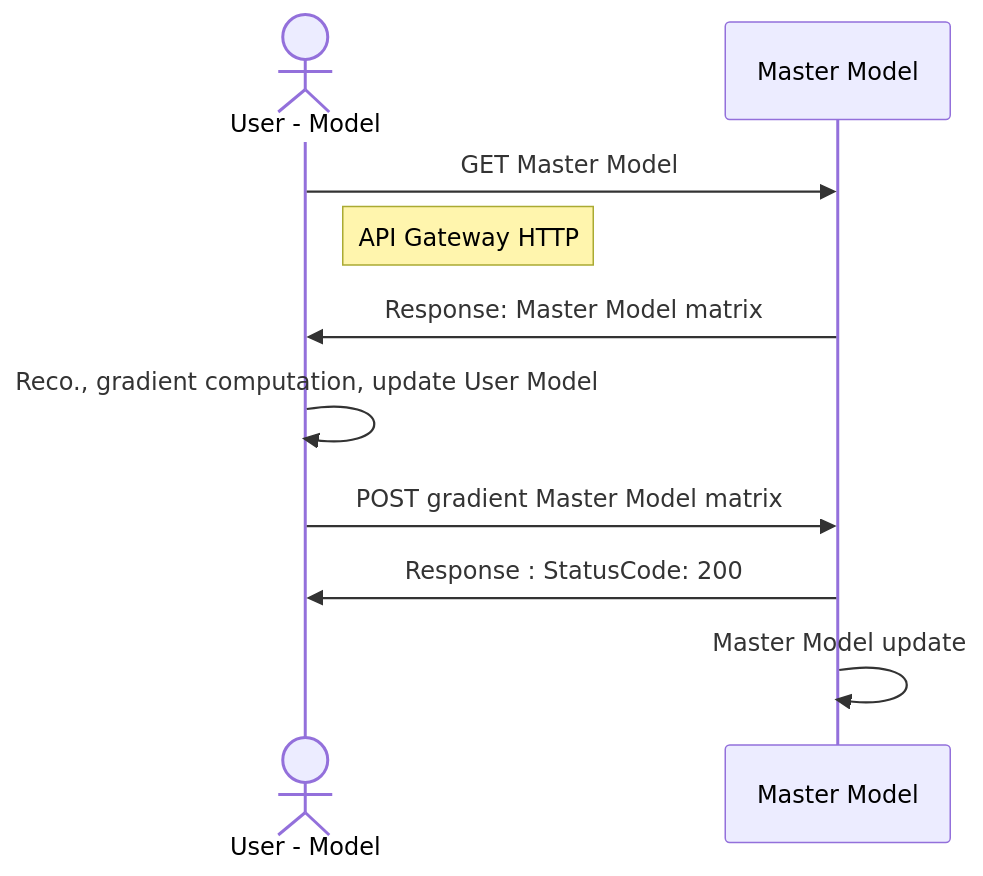
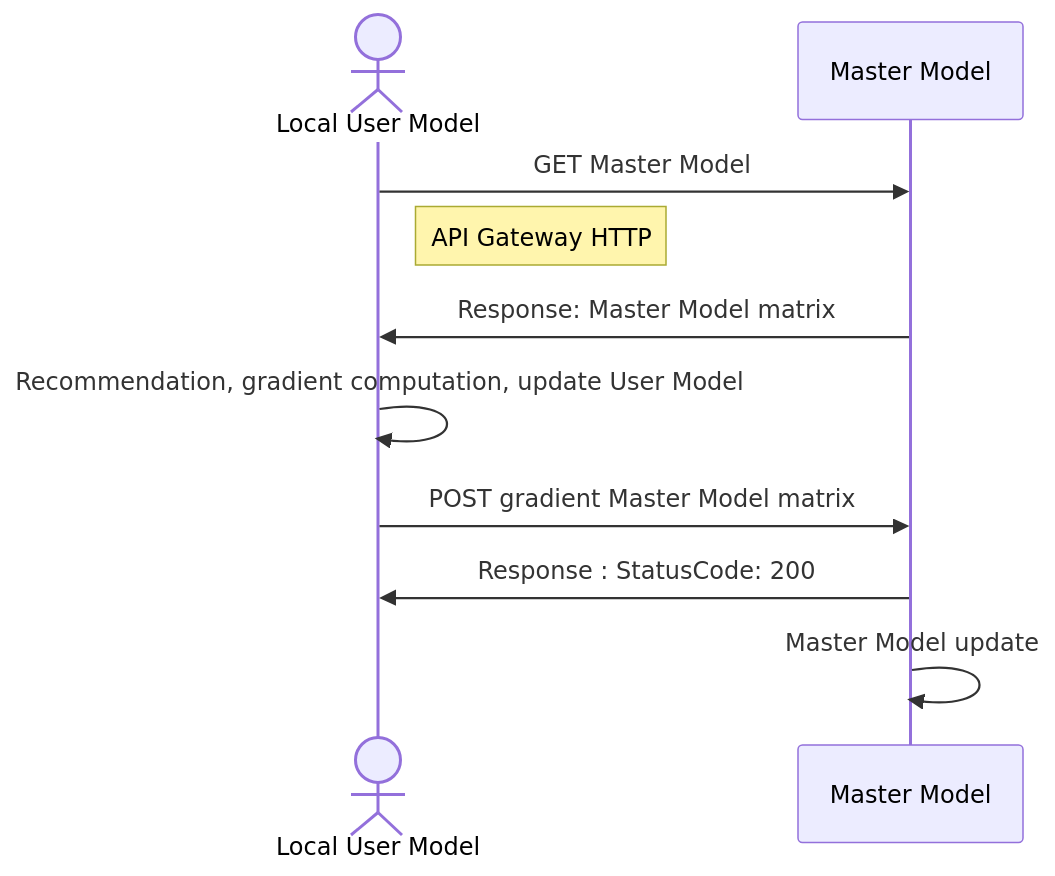
The third of 3 diagrams in recommender-system/README.md (AdrKacz/super-duper-guacamole), drawn with Mermaid before and after one commit. The commit also changed other lines of this file, not shown here.

````diff
--- a/recommender-system/README.md
+++ b/recommender-system/README.md
@@ -68,12 +69,12 @@
 ```mermaid
 sequenceDiagram
-      actor User as User - Model
+      actor User as Local User Model
       participant Model as Master Model
       User ->> Model: GET Master Model
       Note right of User: API Gateway HTTP
       Model ->> User: Response: Master Model matrix
-      User ->> User: Reco., gradient computation, update User Model
+      User ->> User: Recommendation, gradient computation, update User Model
       User ->> Model: POST gradient Master Model matrix
       Model ->> User: Response : StatusCode: 200
       Model ->> Model: Master Model update
 ```
````
